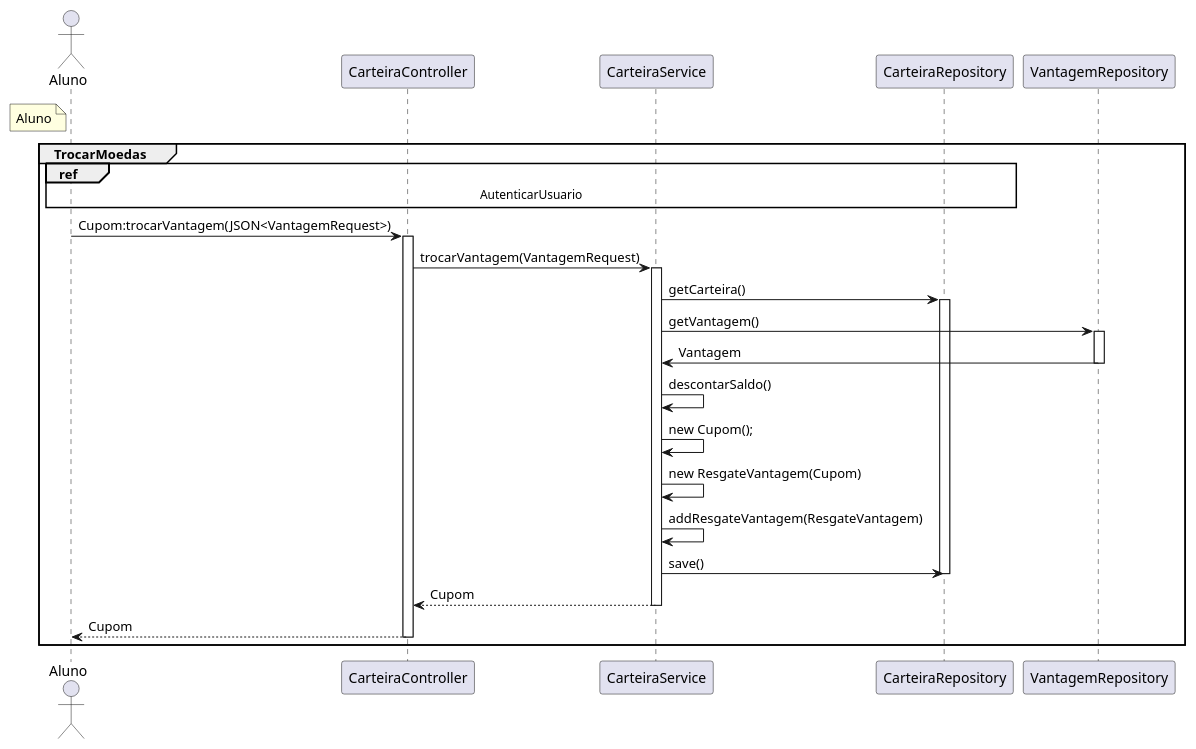
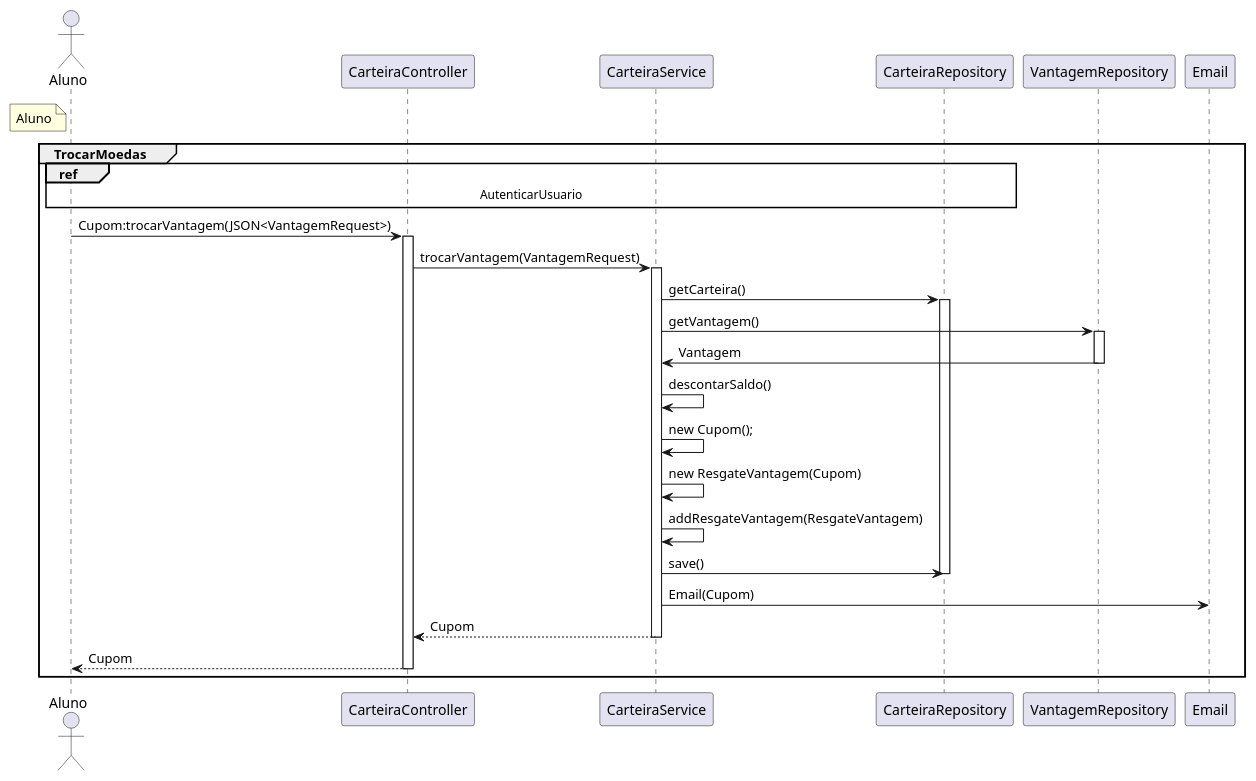
The diagram in laboratorio-4/sprint-3/projeto/plantuml/sequencia/Aluno.plantuml (G4BR-13-L/lab-desenvolvimento-de-software), drawn with PlantUML before and after one commit.

Commit message:
Envio de cupom no email do diagrama

```diff
--- a/laboratorio-4/sprint-3/projeto/plantuml/sequencia/Aluno.plantuml
+++ b/laboratorio-4/sprint-3/projeto/plantuml/sequencia/Aluno.plantuml
@@ -1,46 +1,47 @@
 @startuml Aluno
 
 
 actor "Aluno" as Aluno
 note left of Aluno #LightYellow
     Aluno
 end note
 
 participant "CarteiraController" as CarteiraController
 participant "CarteiraService" as CarteiraService
 participant "CarteiraRepository" as CarteiraRepository
 
 group TrocarMoedas
     ref over Aluno,CarteiraController, CarteiraService, CarteiraRepository : AutenticarUsuario
     Aluno -> CarteiraController : Cupom:trocarVantagem(JSON<VantagemRequest>)
     activate CarteiraController
     CarteiraController -> CarteiraService : trocarVantagem(VantagemRequest)
     activate CarteiraService
     CarteiraService -> CarteiraRepository : getCarteira()
     activate CarteiraRepository
     CarteiraService -> VantagemRepository : getVantagem()
     activate VantagemRepository 
     VantagemRepository -> CarteiraService : Vantagem
     deactivate VantagemRepository
     CarteiraService -> CarteiraService : descontarSaldo()
     CarteiraService -> CarteiraService : new Cupom();
     CarteiraService -> CarteiraService : new ResgateVantagem(Cupom)
     CarteiraService -> CarteiraService : addResgateVantagem(ResgateVantagem)
     CarteiraService -> CarteiraRepository : save() 
     deactivate CarteiraRepository
+    CarteiraService -> Email : Email(Cupom)
     CarteiraService --> CarteiraController : Cupom
     deactivate CarteiraService
     CarteiraController --> Aluno : Cupom
     deactivate CarteiraController
 end
 
 
 
 
 
 ' --> Sincrono
 ' -->> Assincrono
 ' <-- Retorno Sincrono
 ' <<-- Retorno Assíncrono
 
 @enduml
```
